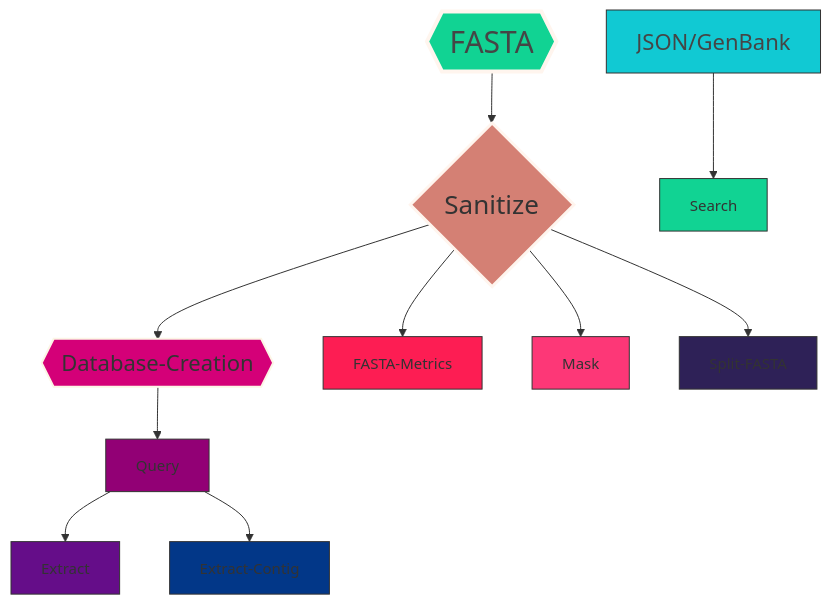
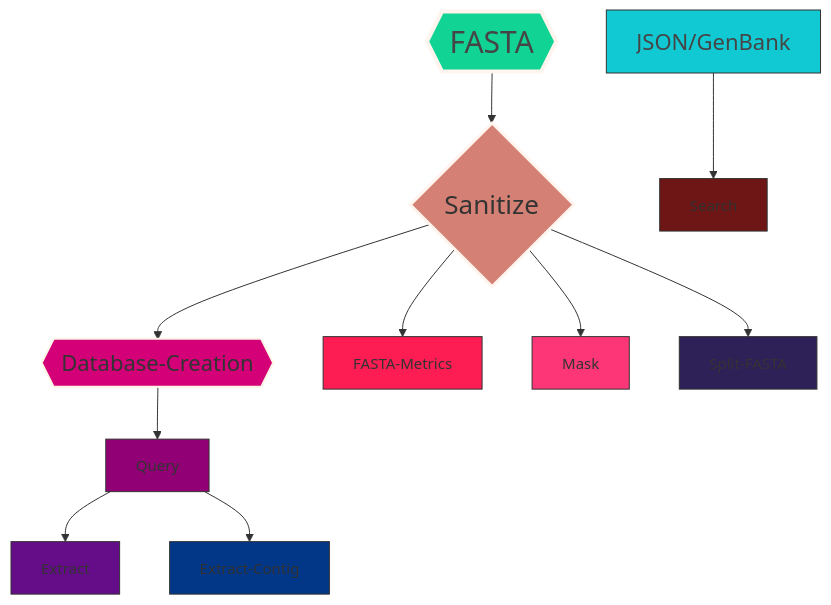
One commit to ERBringHorvath/SeqForge changed the diagram in README.md. Above: the diagram before and after it, drawn with Mermaid.

````diff
--- a/README.md
+++ b/README.md
@@ -80,25 +80,25 @@
 ```mermaid
 graph TD;
     Z{{FASTA}}-->A{Sanitize};
     A{Sanitize}-->B{{Database-Creation}};
     B{{Database-Creation}}-->C[Query];
     C[Query]-->D[Extract];
     C[Query]-->E[Extract-Contig];
     A{Sanitize}-->F[FASTA-Metrics];
     A{Sanitize}-->G[Mask];
     A{Sanitize}-->H[Split-FASTA];
     I[JSON/GenBank]-->J[Search];
 
     %% Custom style for Sanitize node
     style Z fill:#11d393,stroke:#fff5ee,stroke-width:4,font-size:30,color:#454545
     style A fill:#d48074,stroke:#fff5ee,stroke-width:3,font-size:26px
     style B fill:#d40078,stroke:#FCF5E5,stroke-width:2,font-size:22px
     style C fill:#920075,stroke:#333,stroke-width:1,font-size:15px
     style D fill:#650D89,stroke:#333,stroke-width:1,font-size:15px
     style E fill:#023788,stroke:#333,stroke-width:1,font-size:15px
     style F fill:#fd1d53,stroke:#333,stroke-width:1,font-size:15px
     style G fill:#fd3777,stroke:#333,stroke-width:1,font-size:15px
     style H fill:#2e2157,stroke:#333,stroke-width:1,font-size:15px
     style I fill:#11c9d3,stroke:#333,stroke-width:1,font-size:22px,color:#454545
-    style J fill:#11d393,stroke:#333,stroke-width:1,font-size:15px
+    style J fill:#6e1515,stroke:#333,stroke-width:1,font-size:15px
 ```
````
